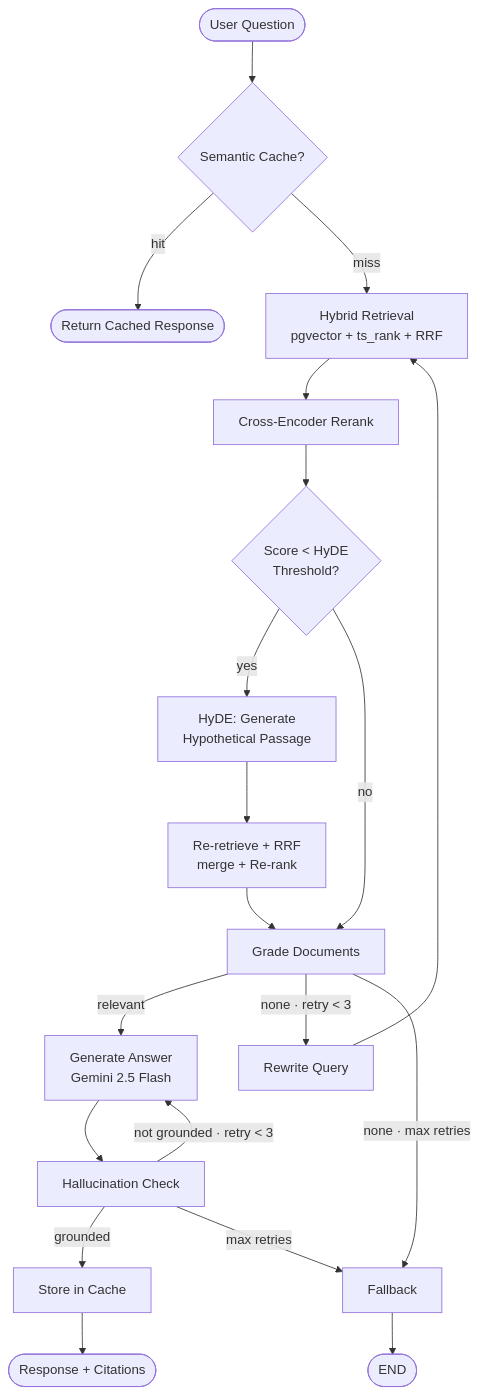
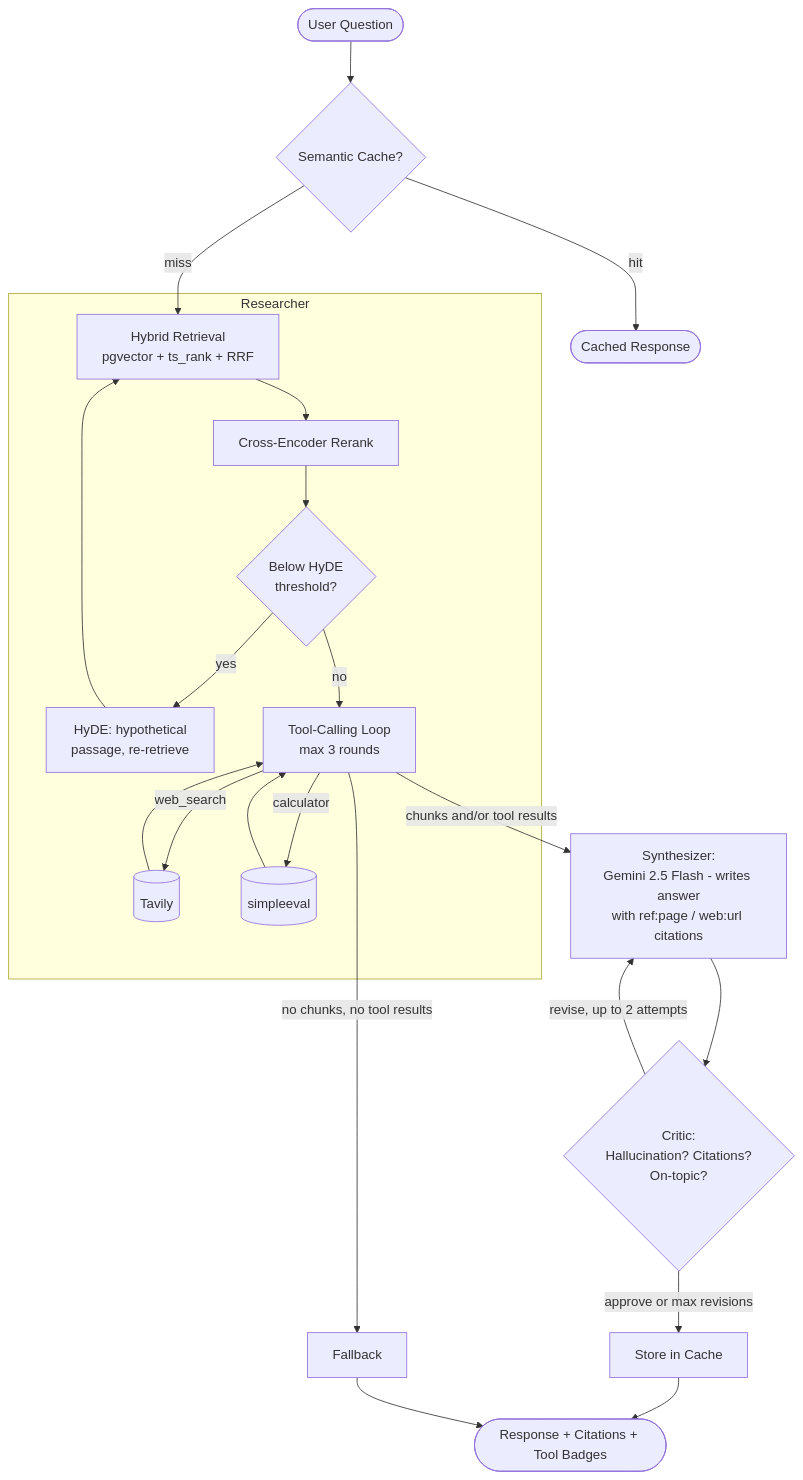
The first of 2 diagrams in README.md (robayedl/rag-pdf-assistant), drawn with Mermaid before and after one commit. The commit also changed other lines of this file and 58 other files, not shown here.

First line of the commit message:
Replace linear RAG pipeline with a multi-agent supervisor (Researcher/Synthesizer/Critic)

````diff
--- a/README.md
+++ b/README.md
@@ -49,28 +73,29 @@
 ```mermaid
 flowchart TD
     Q([User Question]) --> SC{Semantic Cache?}
+    SC -->|hit| CACHED([Cached Response])
+    SC -->|miss| RET
 
-    SC -->|hit| CR([Return Cached Response])
-    SC -->|miss| RET[Hybrid Retrieval\npgvector + ts_rank + RRF]
+    subgraph Researcher
+        RET[Hybrid Retrieval\npgvector + ts_rank + RRF] --> RR[Cross-Encoder Rerank]
+        RR --> HY{Below HyDE\nthreshold?}
+        HY -->|yes| HD[HyDE: hypothetical\npassage, re-retrieve]
+        HD --> RET
+        HY -->|no| TL[Tool-Calling Loop\nmax 3 rounds]
+        TL -->|web_search| WEB[(Tavily)]
+        TL -->|calculator| CALC[(simpleeval)]
+        WEB --> TL
+        CALC --> TL
+    end
 
-    RET --> RR[Cross-Encoder Rerank]
-    RR --> HY{Score < HyDE\nThreshold?}
+    TL -->|"no chunks, no tool results"| FB[Fallback]
+    TL -->|"chunks and/or tool results"| SYN
 
-    HY -->|yes| HD[HyDE: Generate\nHypothetical Passage]
-    HD --> RE2[Re-retrieve + RRF\nmerge + Re-rank]
-    RE2 --> GD
+    SYN["Synthesizer:\nGemini 2.5 Flash - writes answer\nwith ref:page / web:url citations"] --> CRIT
+    CRIT{"Critic:\nHallucination? Citations?\nOn-topic?"}
+    CRIT -->|"revise, up to 2 attempts"| SYN
+    CRIT -->|"approve or max revisions"| STORE[Store in Cache]
 
-    HY -->|no| GD[Grade Documents]
-
-    GD -->|relevant| GEN[Generate Answer\nGemini 2.5 Flash]
-    GD -->|none · retry < 3| RW[Rewrite Query]
-    GD -->|none · max retries| FB[Fallback]
-    RW --> RET
-
-    GEN --> HC[Hallucination Check]
-    HC -->|grounded| STORE[Store in Cache]
-    STORE --> RESP([Response + Citations])
-    HC -->|not grounded · retry < 3| GEN
-    HC -->|max retries| FB
-    FB --> E2([END])
+    STORE --> RESP([Response + Citations + Tool Badges])
+    FB --> RESP
 ```
````
